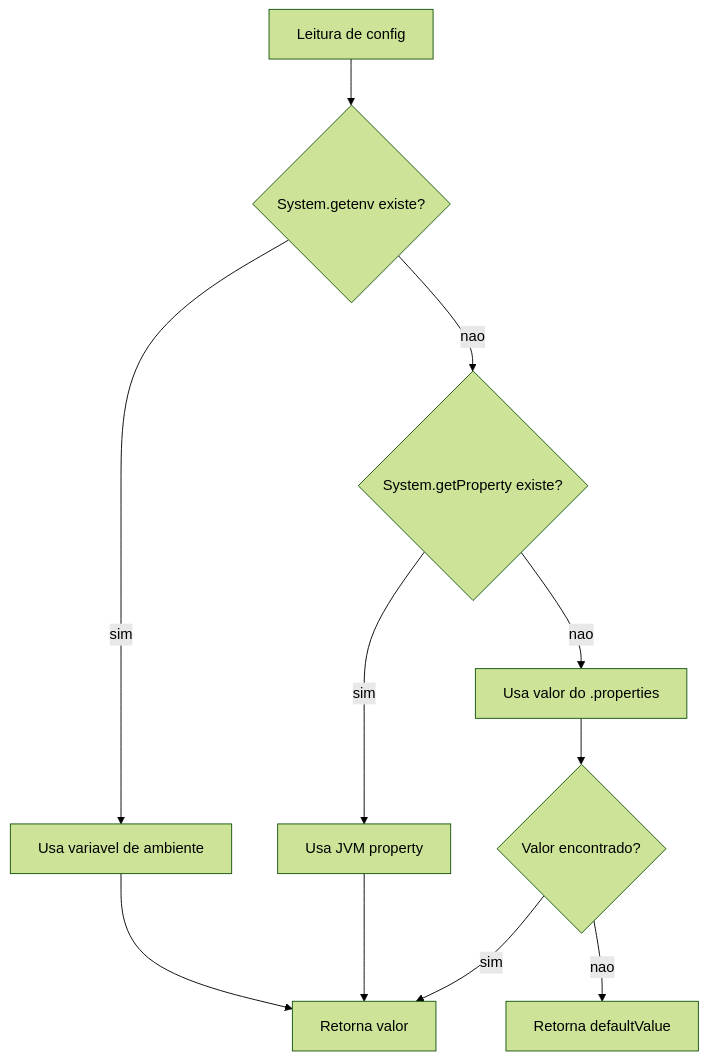
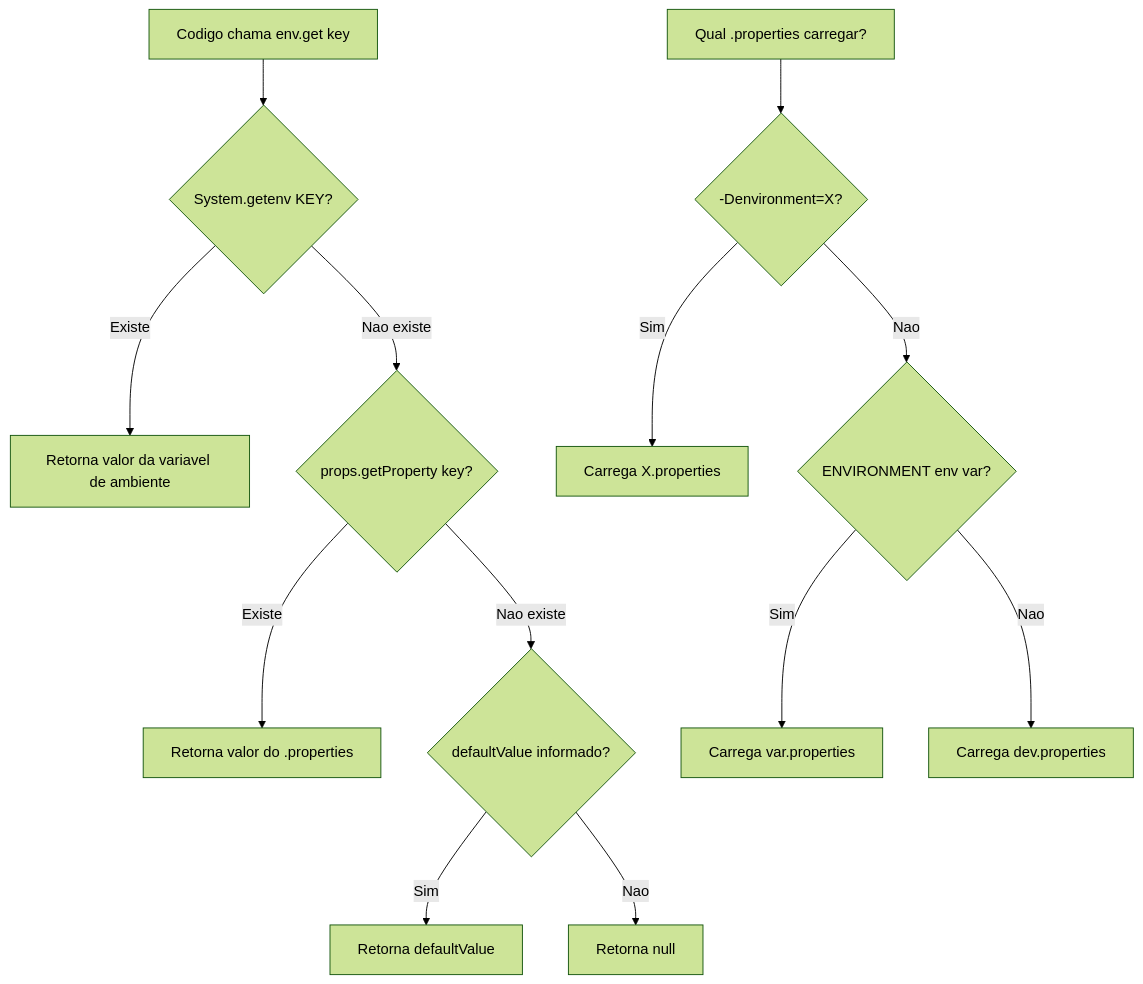
The ninth of 9 diagrams in DOCUMENTATION.md (aline-nory/selenium-restassured-cucumber-kiro-github-actions), drawn with Mermaid (forest theme) before and after one commit. The commit also changed other lines of this file, not shown here.

````diff
--- a/DOCUMENTATION.md
+++ b/DOCUMENTATION.md
@@ -1824,13 +1801,16 @@
 ```mermaid
 flowchart TD
-    A[Leitura de config] --> B{System.getenv existe?}
-    B -->|sim| C[Usa variavel de ambiente]
-    B -->|nao| D{System.getProperty existe?}
-    D -->|sim| E[Usa JVM property]
-    D -->|nao| F[Usa valor do .properties]
-    F --> G{Valor encontrado?}
-    G -->|sim| H[Retorna valor]
-    G -->|nao| I[Retorna defaultValue]
-    C --> H
-    E --> H
+    A[Codigo chama env.get key] --> B{System.getenv KEY?}
+    B -->|Existe| C[Retorna valor da variavel de ambiente]
+    B -->|Nao existe| D{props.getProperty key?}
+    D -->|Existe| E[Retorna valor do .properties]
+    D -->|Nao existe| F{defaultValue informado?}
+    F -->|Sim| G[Retorna defaultValue]
+    F -->|Nao| H[Retorna null]
+
+    I[Qual .properties carregar?] --> J{-Denvironment=X?}
+    J -->|Sim| K[Carrega X.properties]
+    J -->|Nao| L{ENVIRONMENT env var?}
+    L -->|Sim| M[Carrega var.properties]
+    L -->|Nao| N[Carrega dev.properties]
 ```
````
